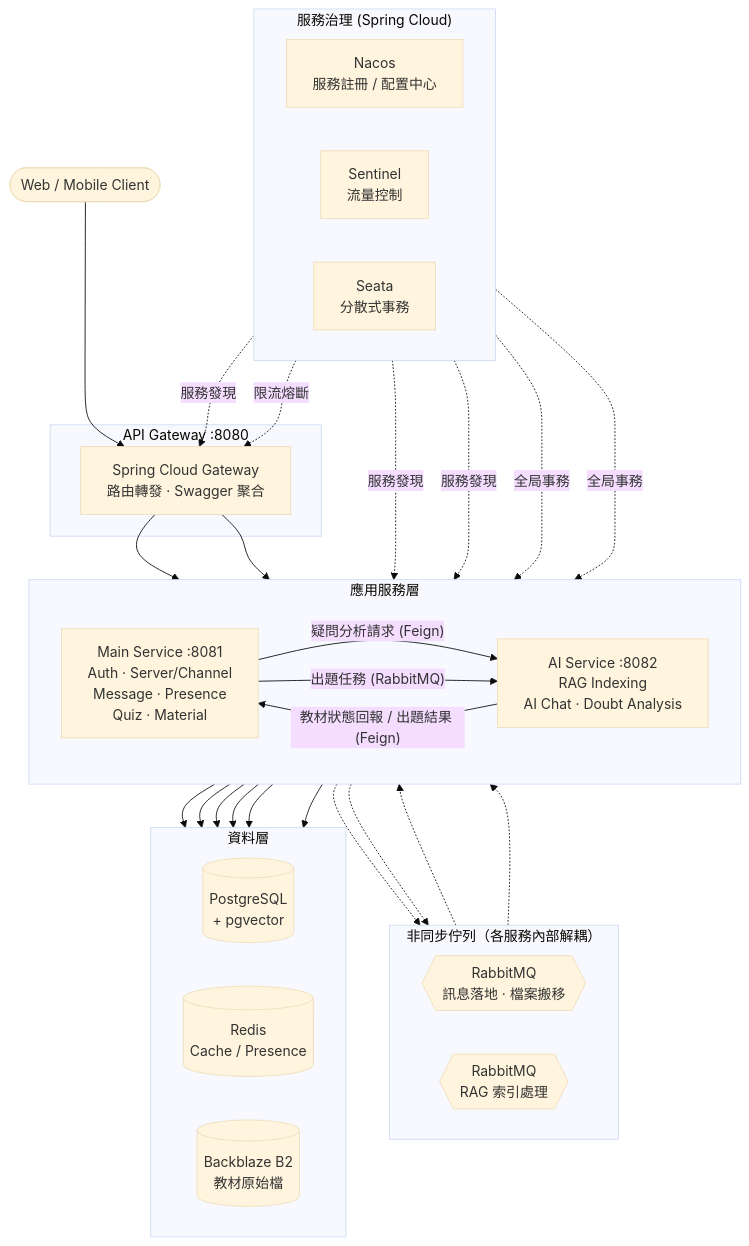
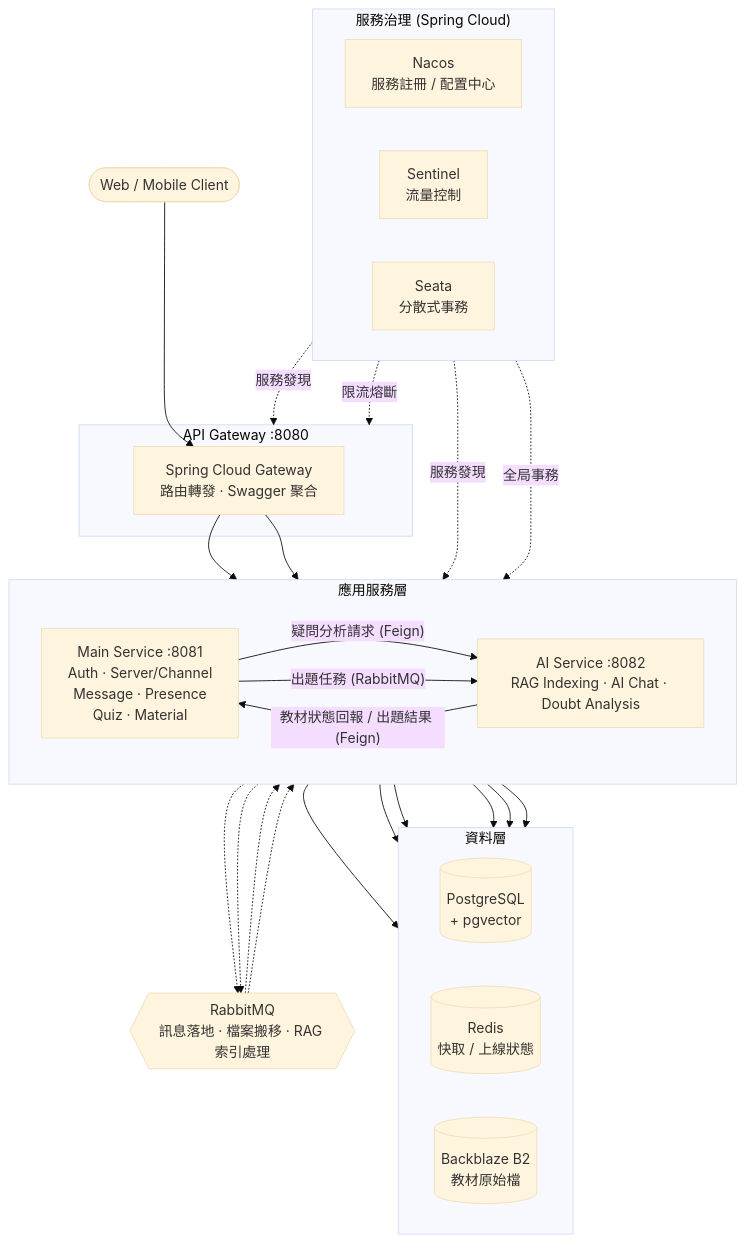
One commit to hysyoi/classcord-backend changed the first of 2 diagrams in README.md. Above: the diagram before and after it, drawn with Mermaid (base theme). The commit also changed other lines of this file and 1 other file, not shown here.

Commit message:
chore: 修改 README & 新增 .env.example (#34)

````diff
--- a/README.md
+++ b/README.md
@@ -58,59 +57,53 @@
 ```mermaid
 flowchart TB
     Client(["Web / Mobile Client"])
 
     subgraph GW["API Gateway :8080"]
         Gateway["Spring Cloud Gateway<br/>路由轉發 · Swagger 聚合"]
     end
 
     subgraph APP["應用服務層"]
         direction LR
         Main["Main Service :8081<br/>Auth · Server/Channel<br/>Message · Presence<br/>Quiz · Material"]
-        AI["AI Service :8082<br/>RAG Indexing<br/>AI Chat · Doubt Analysis"]
+        AI["AI Service :8082<br/>RAG Indexing · AI Chat · Doubt Analysis"]
     end
 
-    subgraph MQL["非同步佇列（各服務內部解耦）"]
-        direction LR
-        MainMQ{{"RabbitMQ<br/>訊息落地 · 檔案搬移"}}
-        AIMQ{{"RabbitMQ<br/>RAG 索引處理"}}
-    end
+    MQ{{"RabbitMQ<br/>訊息落地 · 檔案搬移 · RAG 索引處理"}}
 
     subgraph GOV["服務治理 (Spring Cloud)"]
         direction LR
         Nacos["Nacos<br/>服務註冊 / 配置中心"]
         Sentinel["Sentinel<br/>流量控制"]
         Seata["Seata<br/>分散式事務"]
     end
 
     subgraph DATA["資料層"]
         direction LR
         PG[("PostgreSQL<br/>+ pgvector")]
-        Redis[("Redis<br/>Cache / Presence")]
+        Redis[("Redis<br/>快取 / 上線狀態")]
         B2[("Backblaze B2<br/>教材原始檔")]
     end
 
     Client --> Gateway
     Gateway --> Main
     Gateway --> AI
 
     Main -- "疑問分析請求 (Feign)" --> AI
     Main -- "出題任務 (RabbitMQ)" --> AI
     AI -- "教材狀態回報 / 出題結果 (Feign)" --> Main
 
-    Main -.-> MainMQ -.-> Main
-    AI -.-> AIMQ -.-> AI
+    Main -.-> MQ -.-> Main
+    AI -.-> MQ -.-> AI
 
     Main --> PG
     Main --> Redis
     Main --> B2
     AI --> PG
     AI --> Redis
     AI --> B2
 
-    Nacos -.->|服務發現| Gateway
-    Nacos -.->|服務發現| Main
-    Nacos -.->|服務發現| AI
-    Sentinel -.->|限流熔斷| Gateway
-    Seata -.->|全局事務| Main
-    Seata -.->|全局事務| AI
+    Nacos -.->|服務發現| GW
+    Nacos -.->|服務發現| APP
+    Sentinel -.->|限流熔斷| GW
+    Seata -.->|全局事務| APP
 ```
````
